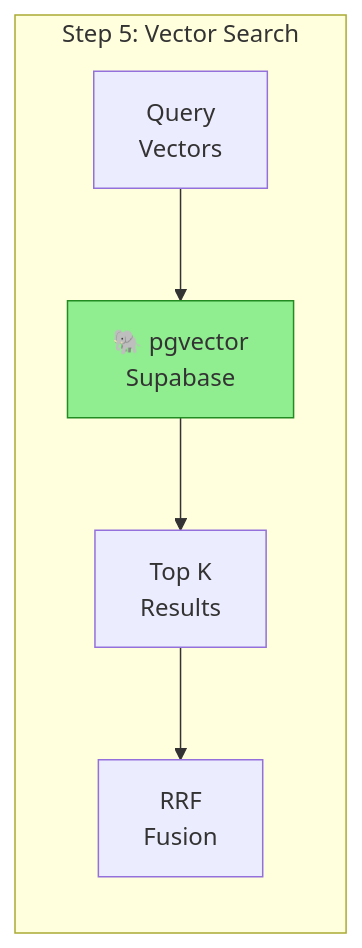
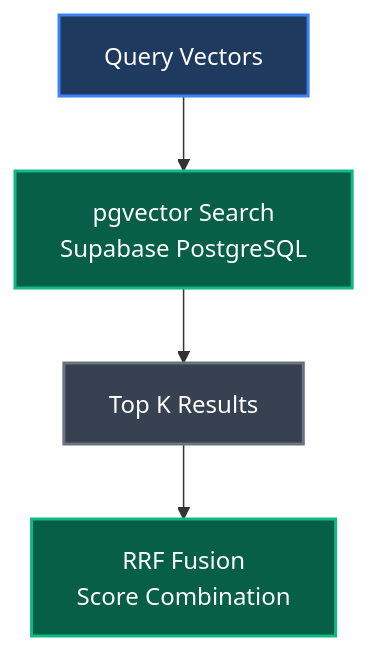
Before and after one commit to RaulJuliosIglesias/ai-powered_cv_screener: diagram 12 of 22 in docs/roadmap/RAG_V6.md, drawn with Mermaid. The commit also changed other lines of this file, not shown here.

````diff
--- a/docs/roadmap/RAG_V6.md
+++ b/docs/roadmap/RAG_V6.md
@@ -271,10 +286,11 @@
 ```mermaid
-flowchart LR
-    subgraph Step5["Step 5: Vector Search"]
-        Query["Query<br/>Vectors"] --> PG["🐘 pgvector<br/>Supabase"]
-        PG --> Results["Top K<br/>Results"]
-        Results --> Fusion["RRF<br/>Fusion"]
-    end
+flowchart TB
+    A[Query Vectors] --> B[pgvector Search<br/>Supabase PostgreSQL]
+    B --> C[Top K Results]
+    C --> D[RRF Fusion<br/>Score Combination]
     
-    style PG fill:#90EE90,stroke:#228B22
+    style A fill:#1e3a5f,stroke:#3b82f6,stroke-width:2px,color:#ffffff
+    style B fill:#065f46,stroke:#10b981,stroke-width:2px,color:#ffffff
+    style C fill:#374151,stroke:#6b7280,stroke-width:2px,color:#ffffff
+    style D fill:#065f46,stroke:#10b981,stroke-width:2px,color:#ffffff
 ```
````
